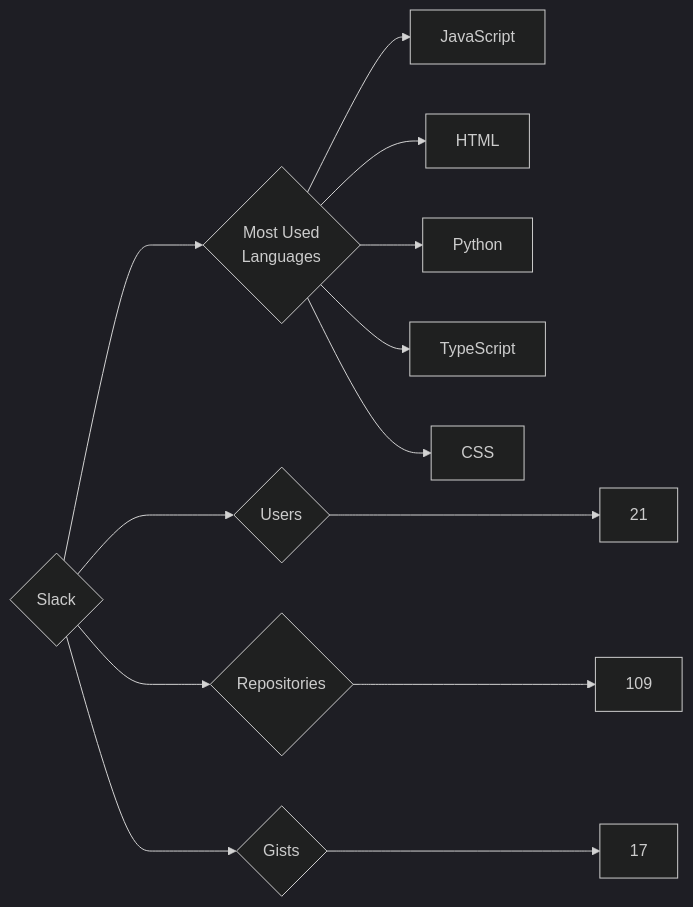
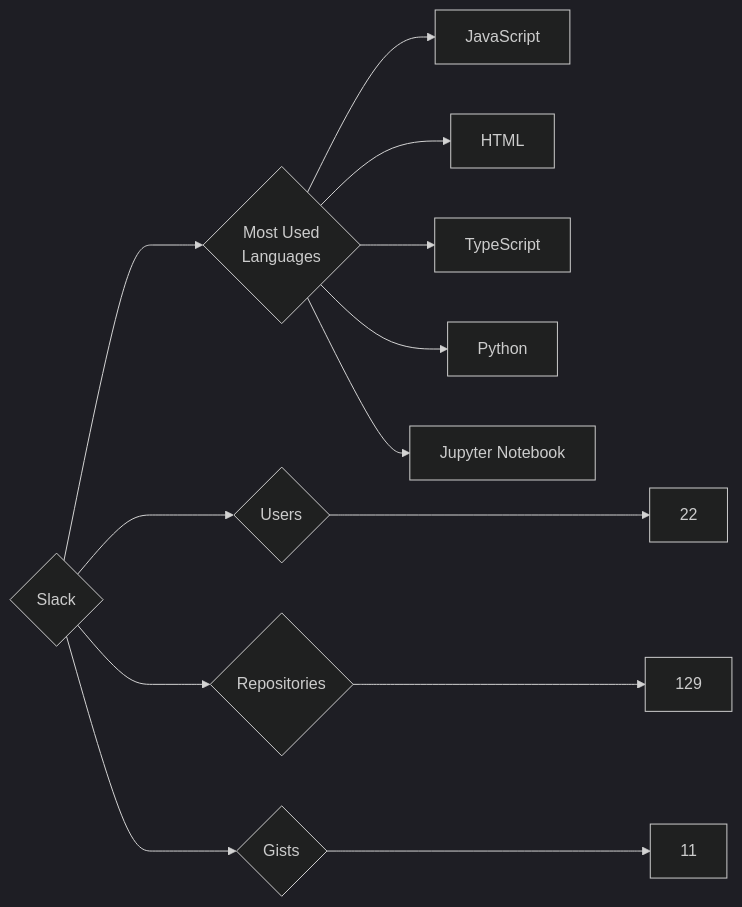
The diagram in targets/Slack/README.md (trickest/insiders), drawn with Mermaid (dark theme) before and after one commit. The commit also changed 953 other files, not shown here.

````diff
--- a/targets/Slack/README.md
+++ b/targets/Slack/README.md
@@ -3,13 +3,13 @@
 ```mermaid
 graph LR
 COMPANY_NAME{Slack}
-COMPANY_NAME ---> U{Users} ---> UN[21]
-COMPANY_NAME ---> R{Repositories} ---> RN[109]
-COMPANY_NAME ---> G{Gists} ---> GN[17]
+COMPANY_NAME ---> U{Users} ---> UN[22]
+COMPANY_NAME ---> R{Repositories} ---> RN[129]
+COMPANY_NAME ---> G{Gists} ---> GN[11]
 COMPANY_NAME ---> ML{Most Used<br>Languages}
 ML --> JavaScript[JavaScript]
 ML --> HTML[HTML]
+ML --> TypeScript[TypeScript]
 ML --> Python[Python]
-ML --> TypeScript[TypeScript]
-ML --> CSS[CSS]
+ML --> Jupyter_Notebook[Jupyter Notebook]
 ```
````
